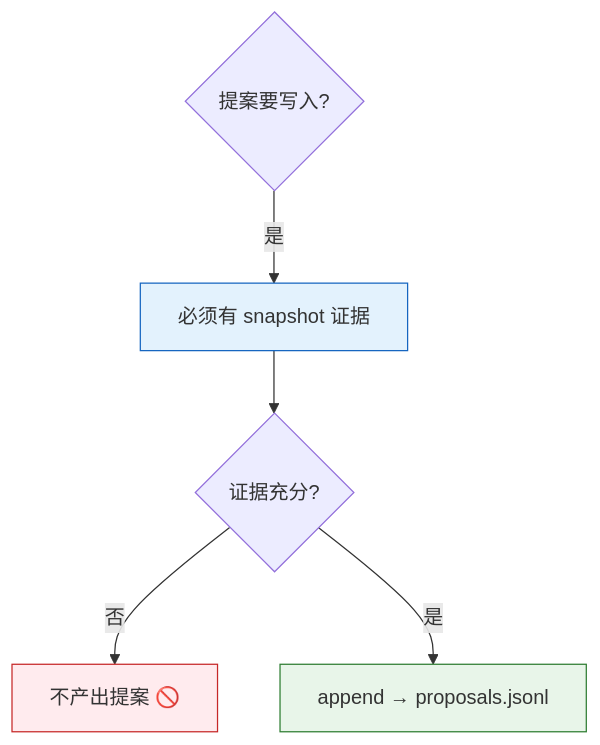
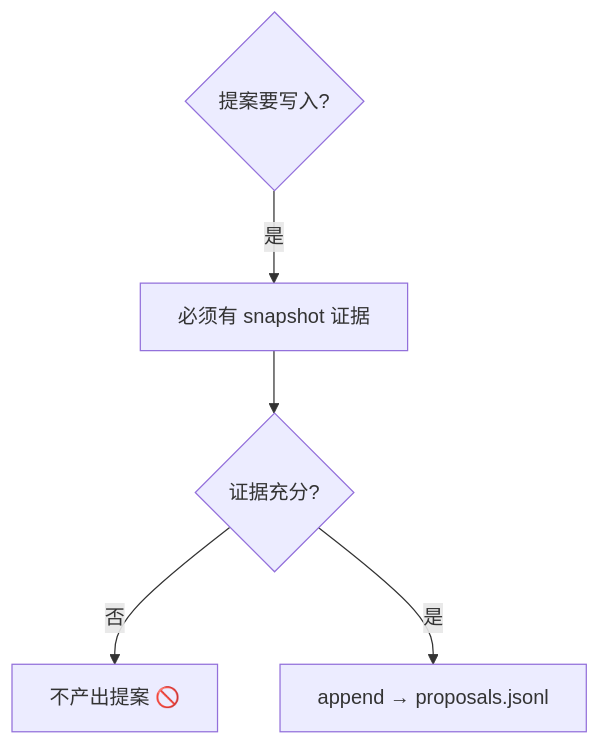
The second of 11 diagrams in rules/self-improve.md (effiy/YrY), drawn with Mermaid before and after one commit. The commit also changed other lines of this file and 61 other files, not shown here.

````diff
--- a/rules/self-improve.md
+++ b/rules/self-improve.md
@@ -63,11 +58,8 @@
 ```mermaid
 flowchart TD
     Q{"提案要写入?"} -->|"是"| SNAP["必须有 snapshot 证据"]:::must
     SNAP --> Q2{"证据充分?"}
     Q2 -->|"否"| BLOCK["不产出提案 🚫"]:::block
     Q2 -->|"是"| APPEND["append → proposals.jsonl"]:::ok
 
-    classDef must fill:#e3f2fd,stroke:#1565c0;
-    classDef block fill:#ffebee,stroke:#c62828;
-    classDef ok fill:#e8f5e9,stroke:#2e7d32;
 ```
````
